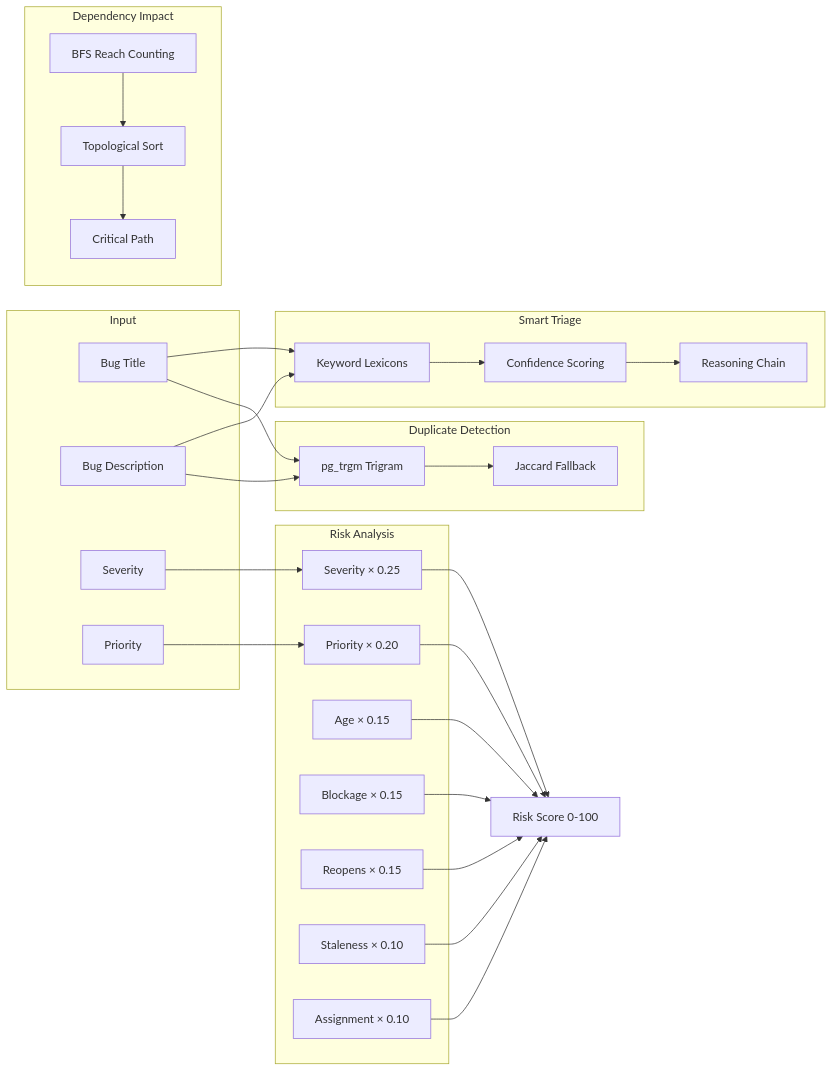
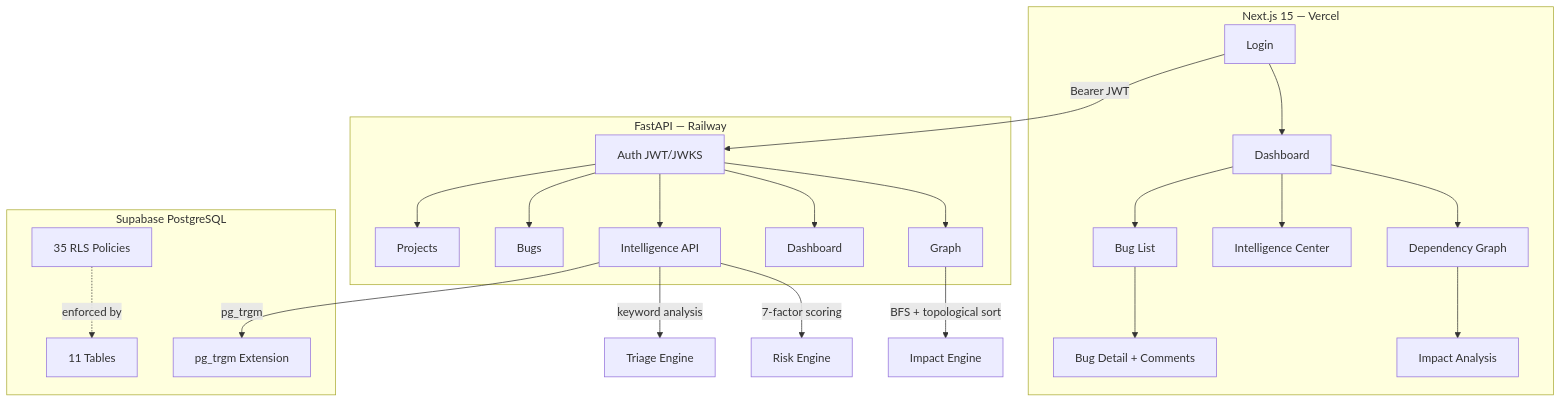
Before and after one commit to abhinandanhegde/PROJECT2: the second of 2 diagrams in README.md, drawn with Mermaid. The commit also changed other lines of this file, not shown here.

````diff
--- a/README.md
+++ b/README.md
@@ -104,47 +101,32 @@
 ```mermaid
-graph LR
-    subgraph Input
-        A[Bug Title]
-        B[Bug Description]
-        C[Severity]
-        D[Priority]
+graph TB
+    subgraph Frontend ["Next.js 15 — Vercel"]
+        A[Login] --> B[Dashboard]
+        B --> C[Bug List]
+        B --> D[Intelligence Center]
+        C --> E[Bug Detail + Comments]
+        B --> H[Dependency Graph]
+        H --> I[Impact Analysis]
     end
 
-    subgraph Triage ["Smart Triage"]
-        E[Keyword Lexicons]
-        F[Confidence Scoring]
-        G[Reasoning Chain]
+    subgraph Backend ["FastAPI — Railway"]
+        J[Auth JWT/JWKS] --> K[Projects]
+        J --> L[Bugs]
+        J --> M[Intelligence API]
+        J --> N[Dashboard]
+        J --> O[Graph]
     end
 
-    subgraph Duplicates ["Duplicate Detection"]
-        H[pg_trgm Trigram]
-        I[Jaccard Fallback]
+    subgraph Database ["Supabase PostgreSQL"]
+        P[11 Tables]
+        Q[35 RLS Policies]
+        R[pg_trgm Extension]
     end
 
-    subgraph Risk ["Risk Analysis"]
-        J[Severity × 0.25]
-        K[Priority × 0.20]
-        L[Age × 0.15]
-        M[Blockage × 0.15]
-        N[Reopens × 0.15]
-        O[Staleness × 0.10]
-        P[Assignment × 0.10]
-    end
-
-    subgraph Impact ["Dependency Impact"]
-        Q[BFS Reach Counting]
-        R[Topological Sort]
-        S[Critical Path]
-    end
-
-    A --> E
-    B --> E
-    C --> J
-    D --> K
-    A --> H
-    B --> H
-    E --> F --> G
-    H --> I
-    J & K & L & M & N & O & P --> T[Risk Score 0-100]
-    Q --> R --> S
+    A -->|Bearer JWT| J
+    M -->|keyword analysis| S[Triage Engine]
+    M -->|pg_trgm| R
+    M -->|7-factor scoring| T[Risk Engine]
+    O -->|BFS + topological sort| U[Impact Engine]
+    Q -.->|enforced by| P
 ```
````
